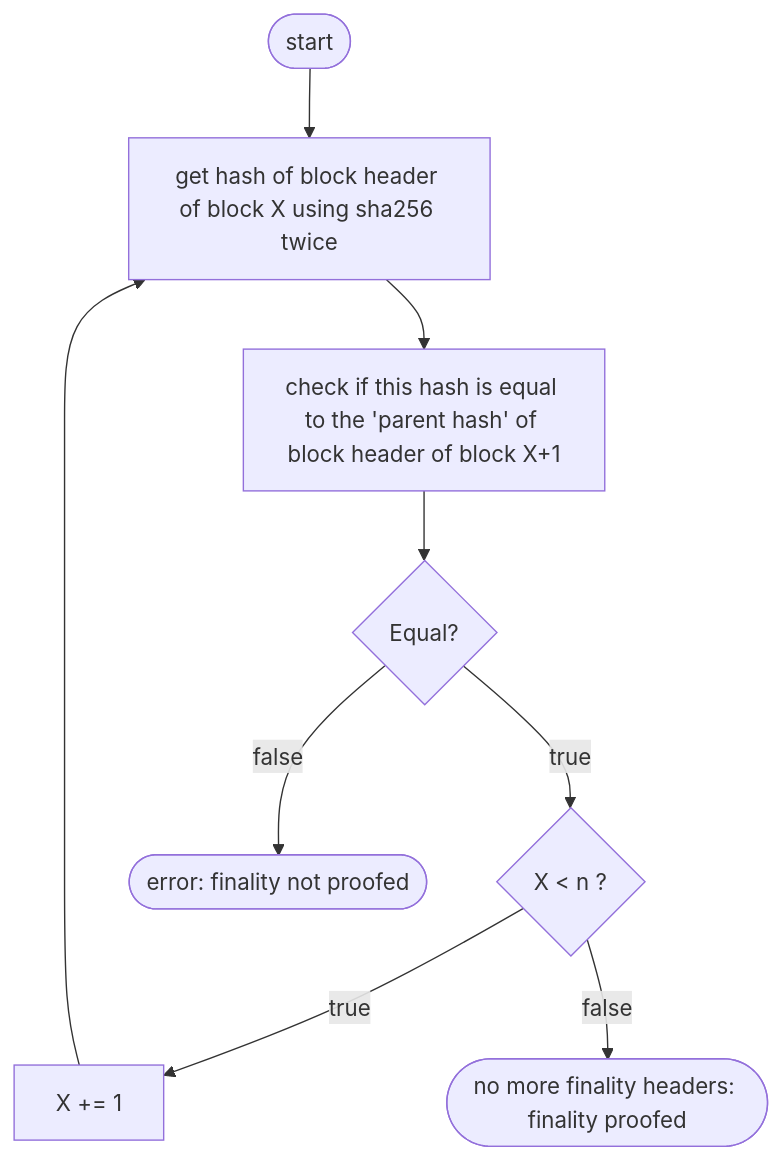
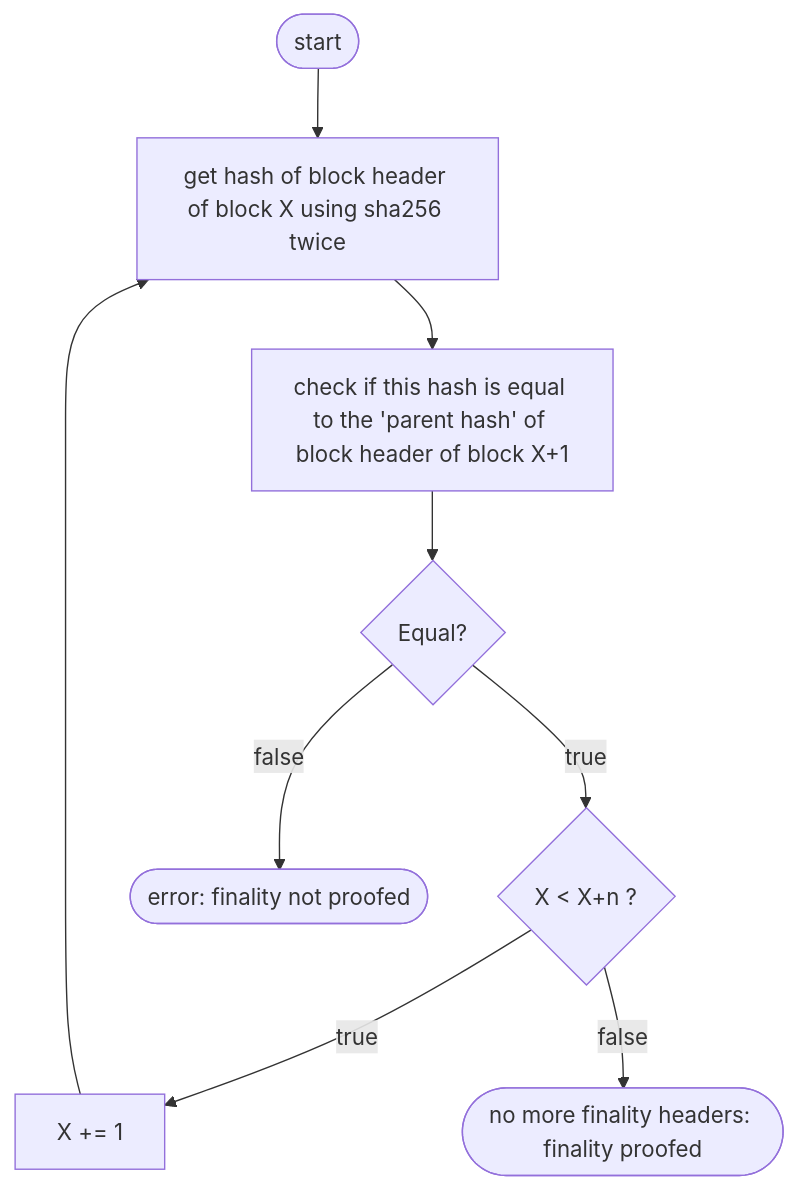
Before and after one commit to blockchainsllc/in3-docs: the second of 3 diagrams in docs/bitcoin.md, drawn with Mermaid. The commit also changed other lines of this file, not shown here.

````diff
--- a/docs/bitcoin.md
+++ b/docs/bitcoin.md
@@ -66,16 +79,13 @@
 ```mermaid
 graph TB
     start([start]) --> id1
     id1[get hash of block header of block X using sha256 twice] --> id2[check if this hash is equal to the 'parent hash' of block header of block X+1]
     id2 --> id3{Equal?}
-    id3 -->|true| id4{X < n ?}
+    id3 -->|true| id4{X < X+n ?}
     id3 -->|false| notproofed
     id4 -->|true| id5[X += 1]
     id5 --> id1
     id4 -->|false| proofed
     proofed([no more finality headers: finality proofed])
     notproofed([error: finality not proofed])
-    click start "https://www.google.com/search?q=%C3%BCbersetzer&oq=%C3%BCber&aqs=chrome.0.69i59j69i57j0j46j0l2j69i60j69i61.1398j0j7&sourceid=chrome&ie=UTF-8" "Tooltip for a callback"
-    
-
 ```
````
